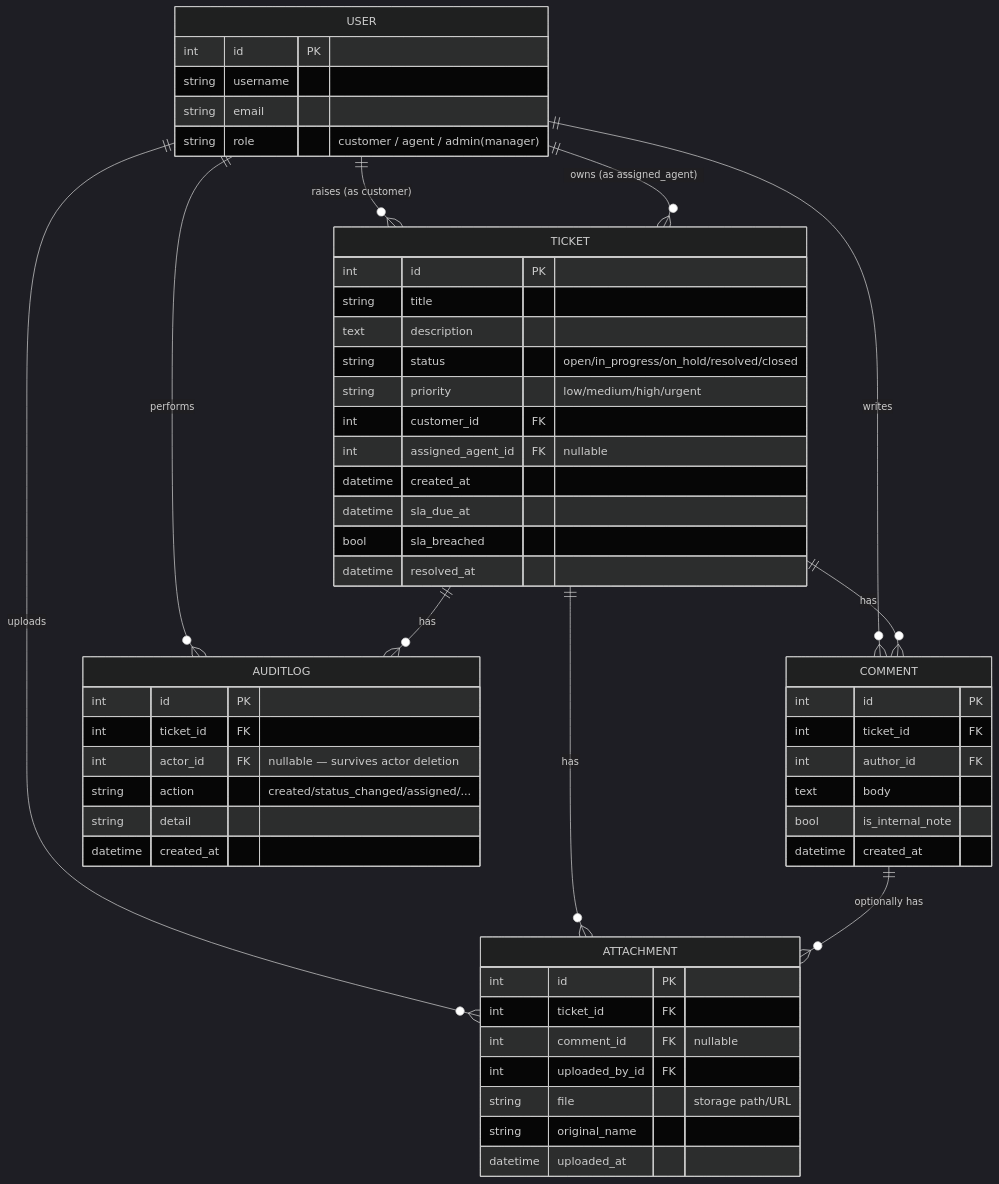
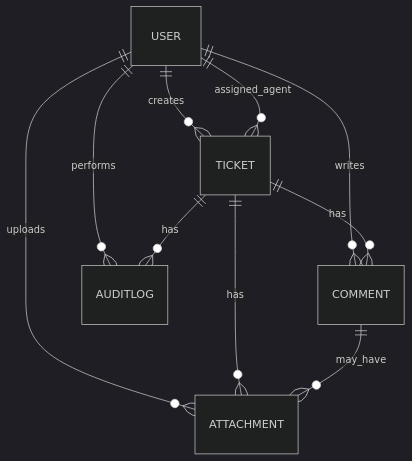
Before and after one commit to Tri27sen/HelpDesk: the second of 4 diagrams in README.md, drawn with Mermaid (dark theme). The commit also changed other lines of this file, not shown here.

````diff
--- a/README.md
+++ b/README.md
@@ -98,57 +67,12 @@
 ```mermaid
 erDiagram
-    USER ||--o{ TICKET : "raises (as customer)"
-    USER ||--o{ TICKET : "owns (as assigned_agent)"
+    USER ||--o{ TICKET : creates
+    USER ||--o{ TICKET : assigned_agent
     USER ||--o{ COMMENT : writes
     USER ||--o{ ATTACHMENT : uploads
     USER ||--o{ AUDITLOG : performs
     TICKET ||--o{ COMMENT : has
     TICKET ||--o{ ATTACHMENT : has
     TICKET ||--o{ AUDITLOG : has
-    COMMENT ||--o{ ATTACHMENT : "optionally has"
-
-    USER {
-        int id PK
-        string username
-        string email
-        string role "customer / agent / admin(manager)"
-    }
-    TICKET {
-        int id PK
-        string title
-        text description
-        string status "open/in_progress/on_hold/resolved/closed"
-        string priority "low/medium/high/urgent"
-        int customer_id FK
-        int assigned_agent_id FK "nullable"
-        datetime created_at
-        datetime sla_due_at
-        bool sla_breached
-        datetime resolved_at
-    }
-    COMMENT {
-        int id PK
-        int ticket_id FK
-        int author_id FK
-        text body
-        bool is_internal_note
-        datetime created_at
-    }
-    ATTACHMENT {
-        int id PK
-        int ticket_id FK
-        int comment_id FK "nullable"
-        int uploaded_by_id FK
-        string file "storage path/URL"
-        string original_name
-        datetime uploaded_at
-    }
-    AUDITLOG {
-        int id PK
-        int ticket_id FK
-        int actor_id FK "nullable — survives actor deletion"
-        string action "created/status_changed/assigned/..."
-        string detail
-        datetime created_at
-    }
+    COMMENT ||--o{ ATTACHMENT : may_have
 ```
````
